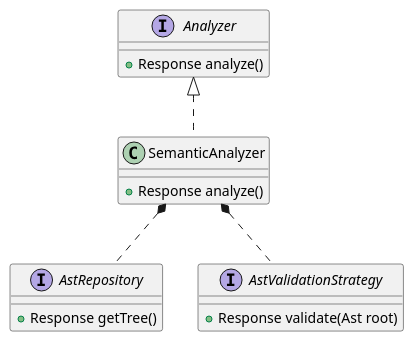
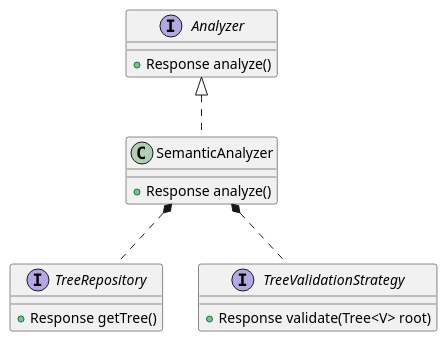
The diagram in src/main/java/analyzers/semantic/SemanticDiagram.puml (IngsisPrintScript/PrintScript), drawn with PlantUML before and after one commit.

Commit message:
ast->tree<V>

```diff
--- a/src/main/java/analyzers/semantic/SemanticDiagram.puml
+++ b/src/main/java/analyzers/semantic/SemanticDiagram.puml
@@ -1,24 +1,24 @@
 @startuml
 'https://plantuml.com/class-diagram
 
 interface Analyzer{
     + Response analyze()
 }
 
 class SemanticAnalyzer{
     + Response analyze()
 }
 
-interface AstRepository{
+interface TreeRepository{
     + Response getTree()
 }
 
-interface AstValidationStrategy{
-    + Response validate(Ast root)
+interface TreeValidationStrategy{
+    + Response validate(Tree<V> root)
 }
 
 Analyzer <|.. SemanticAnalyzer
 
-SemanticAnalyzer *.. AstRepository
-SemanticAnalyzer *.. AstValidationStrategy
+SemanticAnalyzer *.. TreeRepository
+SemanticAnalyzer *.. TreeValidationStrategy
 @enduml
```
